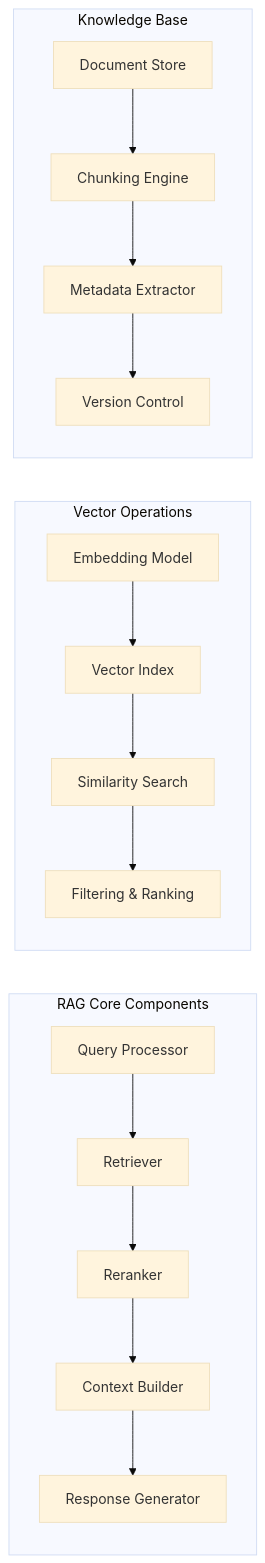
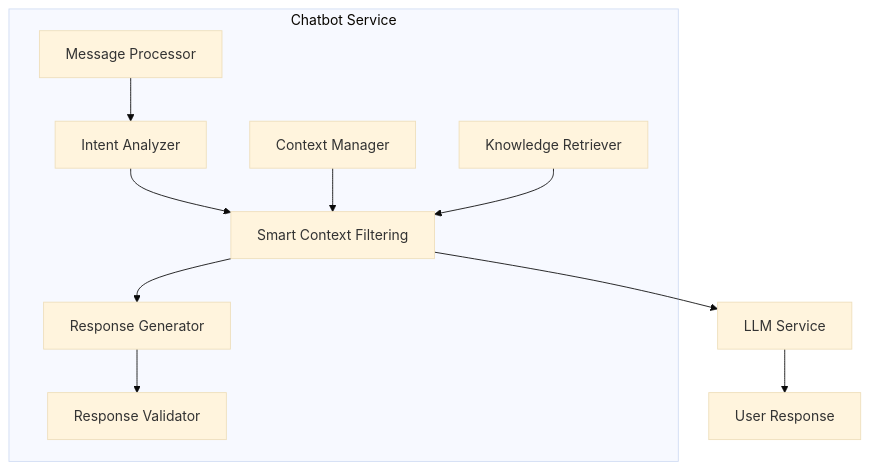
One commit to LIDR-academy/AI4Devs-finalproject changed the second of 13 diagrams in docs/tech-solution.md. Above: the diagram before and after it, drawn with Mermaid (base theme). The commit also changed other lines of this file and 21 other files, not shown here.

````diff
--- a/docs/tech-solution.md
+++ b/docs/tech-solution.md
@@ -179,21 +86,15 @@
 ```mermaid
-graph LR
-    subgraph "RAG Core Components"
-        A[Query Processor] --> B[Retriever]
-        B --> C[Reranker]
-        C --> D[Context Builder]
-        D --> E[Response Generator]
+graph TB
+    subgraph "Chatbot Service"
+        A[Message Processor] --> B[Intent Analyzer]
+        B --> C[Smart Context Filtering]
+        C --> D[Response Generator]
+        D --> E[Response Validator]
+        
+        F[Context Manager] --> C
+        G[Knowledge Retriever] --> C
     end
     
-    subgraph "Vector Operations"
-        F[Embedding Model] --> G[Vector Index]
-        G --> H[Similarity Search]
-        H --> I[Filtering & Ranking]
-    end
-    
-    subgraph "Knowledge Base"
-        J[Document Store] --> K[Chunking Engine]
-        K --> L[Metadata Extractor]
-        L --> M[Version Control]
-    end
+    C --> H[LLM Service]
+    H --> I[User Response]
 ```
````
